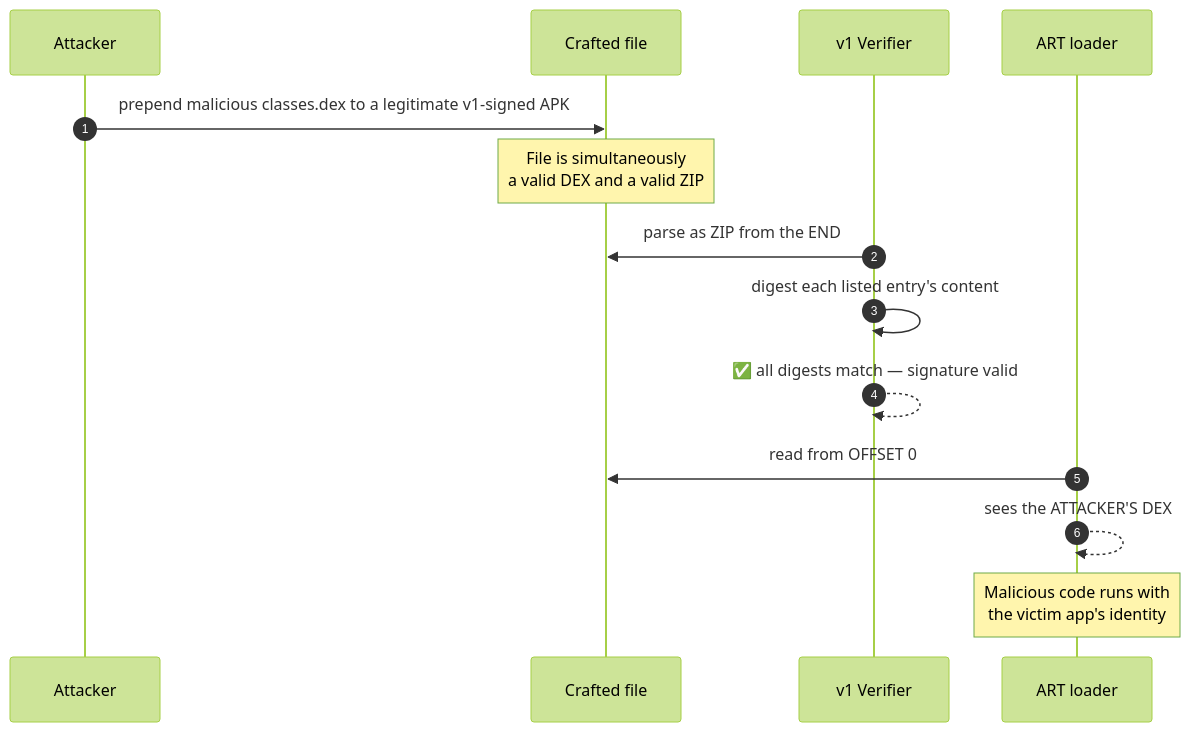
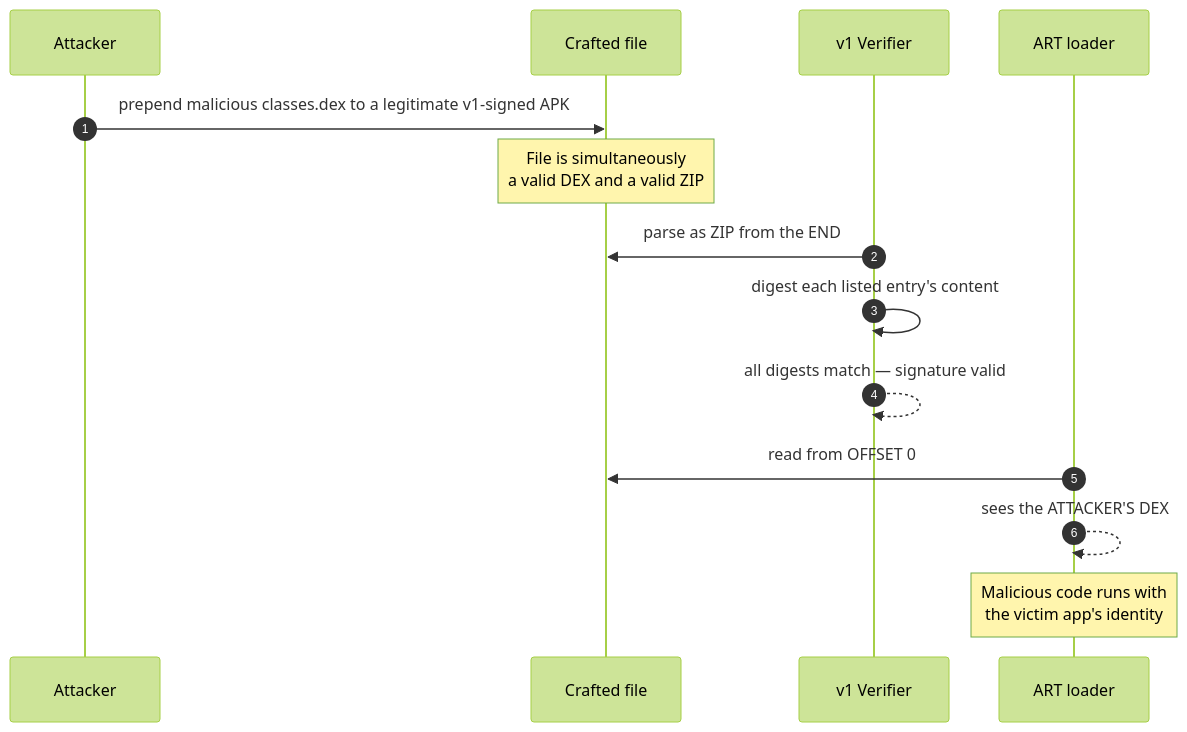
One commit to FlyPhantomFly/android-security-handbook changed the fifth of 8 diagrams in 10-APK-Internals/README.md. Above: the diagram before and after it, drawn with Mermaid (forest theme). The commit also changed other lines of this file and 67 other files, not shown here.

````diff
--- a/10-APK-Internals/README.md
+++ b/10-APK-Internals/README.md
@@ -1133,17 +1133,17 @@
 ```mermaid
 sequenceDiagram
     autonumber
     participant A as Attacker
     participant F as Crafted file
     participant V as v1 Verifier
     participant R as ART loader
 
     A->>F: prepend malicious classes.dex to a legitimate v1-signed APK
     Note over F: File is simultaneously<br/>a valid DEX and a valid ZIP
     V->>F: parse as ZIP from the END
     V->>V: digest each listed entry's content
-    V-->>V: ✅ all digests match — signature valid
+    V-->>V: all digests match — signature valid
     R->>F: read from OFFSET 0
     R-->>R: sees the ATTACKER'S DEX
     Note over R: Malicious code runs with<br/>the victim app's identity
 ```
````
